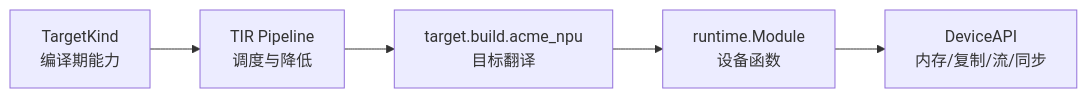
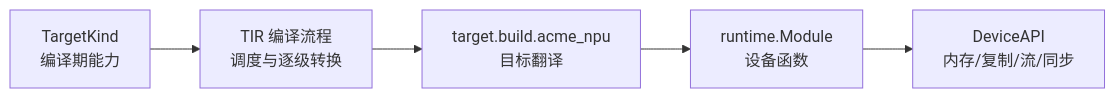
Before and after one commit to Little-W/Obsidian: the diagram in NPU/TVM 使用与自研 NPU 接入手册/18-原生 TargetKind DeviceAPI 与 TIR 后端.md, drawn with Mermaid. The commit also changed other lines of this file and 51 other files, not shown here.

````diff
--- a/NPU/TVM 使用与自研 NPU 接入手册/18-原生 TargetKind DeviceAPI 与 TIR 后端.md
+++ b/NPU/TVM 使用与自研 NPU 接入手册/18-原生 TargetKind DeviceAPI 与 TIR 后端.md
@@ -33,7 +33,7 @@
 ```mermaid
 flowchart LR
-    A["TargetKind<br/>编译期能力"] --> B["TIR Pipeline<br/>调度与降低"]
+    A["TargetKind<br/>编译期能力"] --> B["TIR 编译流程<br/>调度与逐级转换"]
     B --> C["target.build.acme_npu<br/>目标翻译"]
     C --> D["runtime.Module<br/>设备函数"]
     D --> E["DeviceAPI<br/>内存/复制/流/同步"]
 ```
````
